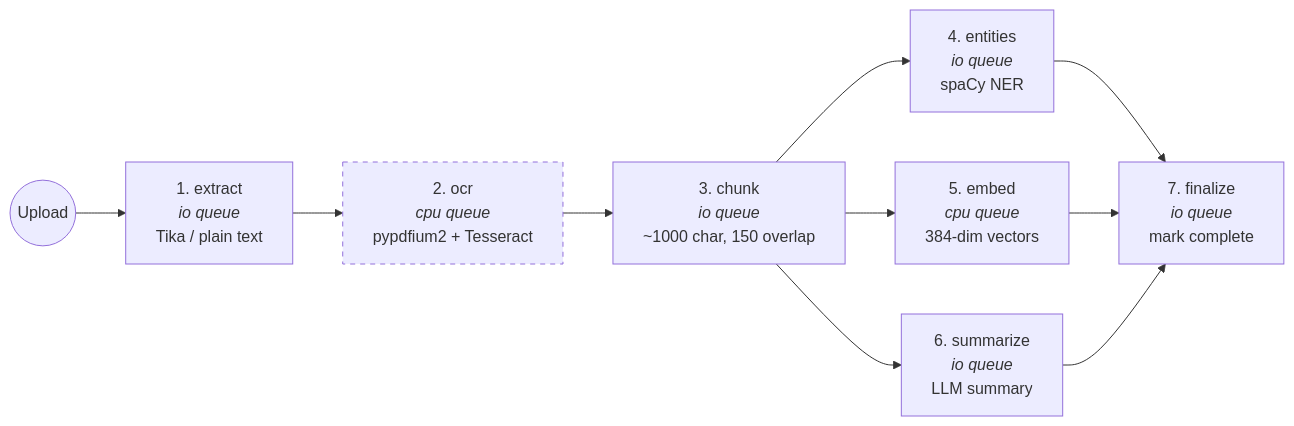
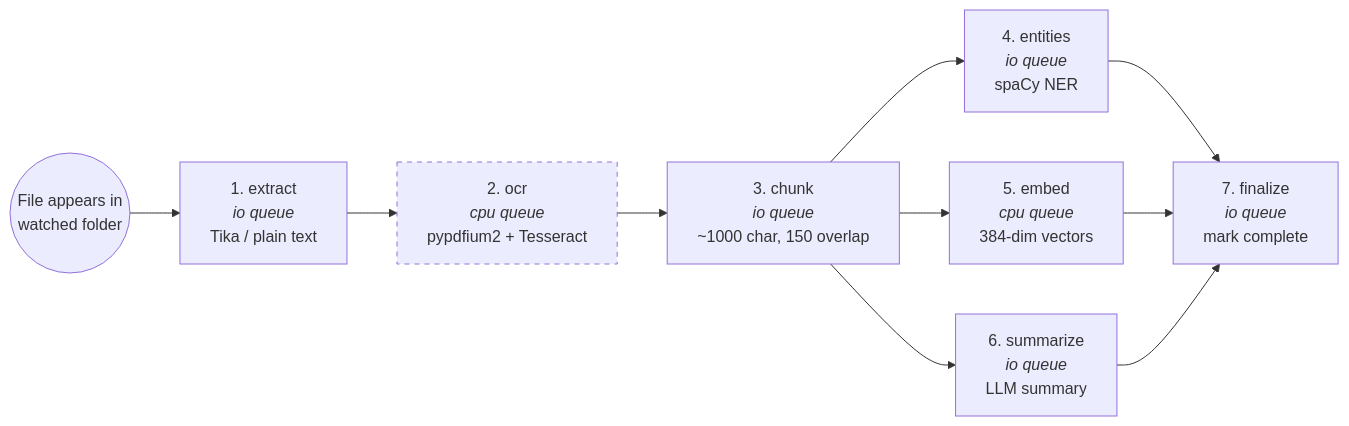
Before and after one commit to r0shi/harborclerk: the second of 7 diagrams in docs/architecture.md, drawn with Mermaid. The commit also changed other lines of this file and 2 other files, not shown here.

````diff
--- a/docs/architecture.md
+++ b/docs/architecture.md
@@ -59,24 +66,24 @@
 ```mermaid
 graph LR
-    upload(("Upload"))
+    drop(("File appears in<br/>watched folder"))
 
     extract["1. extract<br/><i>io queue</i><br/>Tika / plain text"]
     ocr["2. ocr<br/><i>cpu queue</i><br/>pypdfium2 + Tesseract"]
     chunk["3. chunk<br/><i>io queue</i><br/>~1000 char, 150 overlap"]
 
     entities["4. entities<br/><i>io queue</i><br/>spaCy NER"]
     embed["5. embed<br/><i>cpu queue</i><br/>384-dim vectors"]
     summarize["6. summarize<br/><i>io queue</i><br/>LLM summary"]
 
     finalize["7. finalize<br/><i>io queue</i><br/>mark complete"]
 
-    upload --> extract --> ocr --> chunk
+    drop --> extract --> ocr --> chunk
 
     chunk --> entities & embed & summarize
 
     entities --> finalize
     embed --> finalize
     summarize --> finalize
 
     style ocr stroke-dasharray: 5 5
 ```
````
